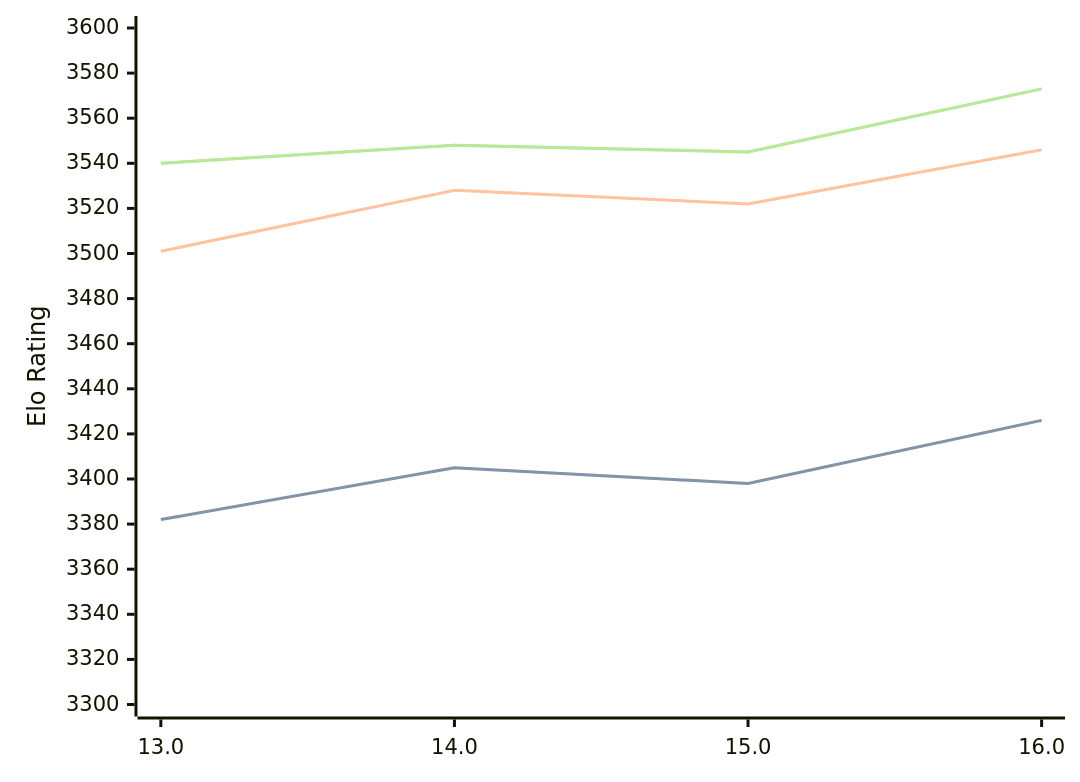
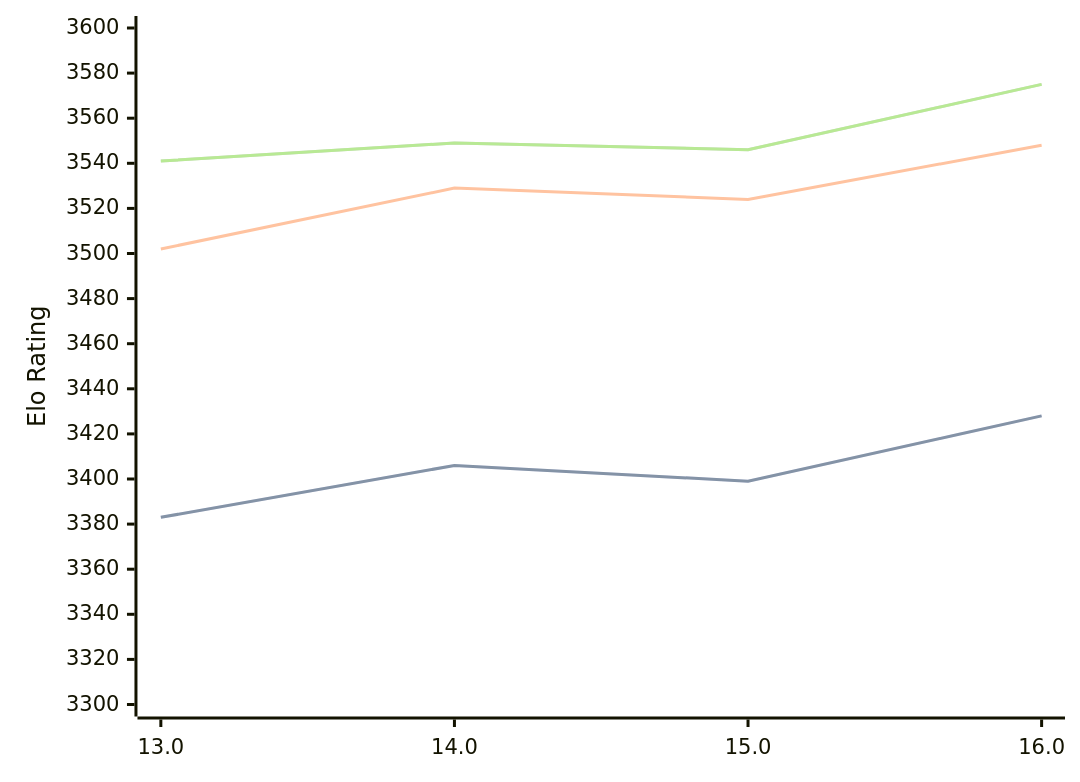
One commit to computer-chess-index/cci changed the diagram in engines/Obsidian.md. Above: the diagram before and after it, drawn with Mermaid. The commit also changed other lines of this file, not shown here.

Commit message:
Update CCI Ratings (ELO VLTC) - 2026-08-09

````diff
--- a/engines/Obsidian.md
+++ b/engines/Obsidian.md
@@ -34,11 +34,11 @@
 ```mermaid
 %%{init: {"theme":"base","themeVariables":{"seriesColors:['#a3a3a3','#222221','#faa371']}}}%%
 xychart-beta
   x-axis ["13.0", "14.0", "15.0", "16.0"]
   y-axis "Elo Rating" 3300 --> 3600
-  line "STC (8.0+0.08s)" [3382, 3405, 3398, 3426]
-  line "STC (8.0+0.08s)" [3382, 3405, 3398, 3426]
-  line "LTC (60.0+0.60s)" [3501, 3528, 3522, 3546]
-  line "VLTC (2m24s+1.12s)" [3540, 3548, 3545, 3573]
-  line "VLTC (2m24s+1.12s)" [3540, 3548, 3545, 3573]
+  line "STC (8.0+0.08s)" [3383, 3406, 3399, 3428]
+  line "STC (8.0+0.08s)" [3383, 3406, 3399, 3428]
+  line "LTC (60.0+0.60s)" [3502, 3529, 3524, 3548]
+  line "VLTC (2m24s+1.12s)" [3541, 3549, 3546, 3575]
+  line "VLTC (2m24s+1.12s)" [3541, 3549, 3546, 3575]
 ```
````
